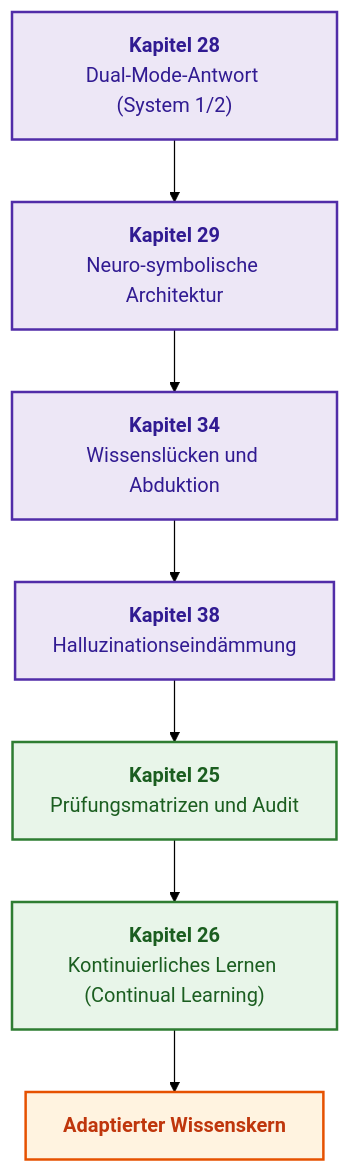
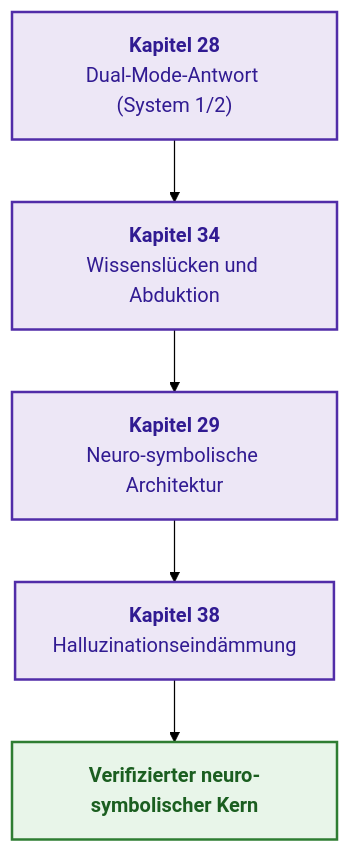
The diagram in ExpertSystem/translations/de/part-06-frontiers-neuro-symbolic.md (nick-fedchik/articles), drawn with Mermaid (forest theme) before and after one commit. The commit also changed other lines of this file and 174 other files, not shown here.

````diff
--- a/ExpertSystem/translations/de/part-06-frontiers-neuro-symbolic.md
+++ b/ExpertSystem/translations/de/part-06-frontiers-neuro-symbolic.md
@@ -19,20 +19,16 @@
 ```mermaid
 flowchart TD
-    accTitle: Neuro-symbolische Integration und kontinuierliches Lernen in Teil VI
-    accDescr: Dual-Mode-Architektur, Sprachmodelle, Wissenslücken, Halluzinationseindämmung, Prüfungsmatrizen und kontinuierliches Lernen.
+    accTitle: Neuro-symbolische Integration und Halluzinationskontrolle in Teil VI
+    accDescr: Dual-Mode-Architektur, Wissenslücken und Abduktion, neuro-symbolisches Tandem und deterministische Halluzinationseindämmung.
 
-    DUAL["<b>Kapitel 28</b><br/>Dual-Mode-Antwort (System 1/2)"] --> NESY["<b>Kapitel 29</b><br/>Neuro-symbolische Architektur"]
-    NESY --> GAP["<b>Kapitel 34</b><br/>Wissenslücken und Abduktion"]
-    GAP --> HAL["<b>Kapitel 38</b><br/>Halluzinationseindämmung"]
-    HAL --> EXAM["<b>Kapitel 25</b><br/>Prüfungsmatrizen und Audit"]
-    EXAM --> CL["<b>Kapitel 26</b><br/>Kontinuierliches Lernen (Continual Learning)"]
-    CL --> ADAPT["<b>Adaptierter Wissenskern</b>"]
+    DUAL["<b>Kapitel 28</b><br/>Dual-Mode-Antwort (System 1/2)"] --> GAP["<b>Kapitel 34</b><br/>Wissenslücken und Abduktion"]
+    GAP --> NESY["<b>Kapitel 29</b><br/>Neuro-symbolische Architektur"]
+    NESY --> HAL["<b>Kapitel 38</b><br/>Halluzinationseindämmung"]
+    HAL --> ADAPT["<b>Verifizierter neuro-symbolischer Kern</b>"]
 
-    classDef core fill:#e8f5e9,stroke:#2e7d32,stroke-width:2px,color:#1b5e20;
     classDef step fill:#ede7f6,stroke:#512da8,stroke-width:2px,color:#311b92;
-    classDef out fill:#fff3e0,stroke:#e65100,stroke-width:2px,color:#bf360c;
+    classDef out fill:#e8f5e9,stroke:#2e7d32,stroke-width:2px,color:#1b5e20;
 
-    class DUAL,NESY,GAP,HAL step;
-    class EXAM,CL core;
+    class DUAL,GAP,NESY,HAL step;
     class ADAPT out;
 ```
````
